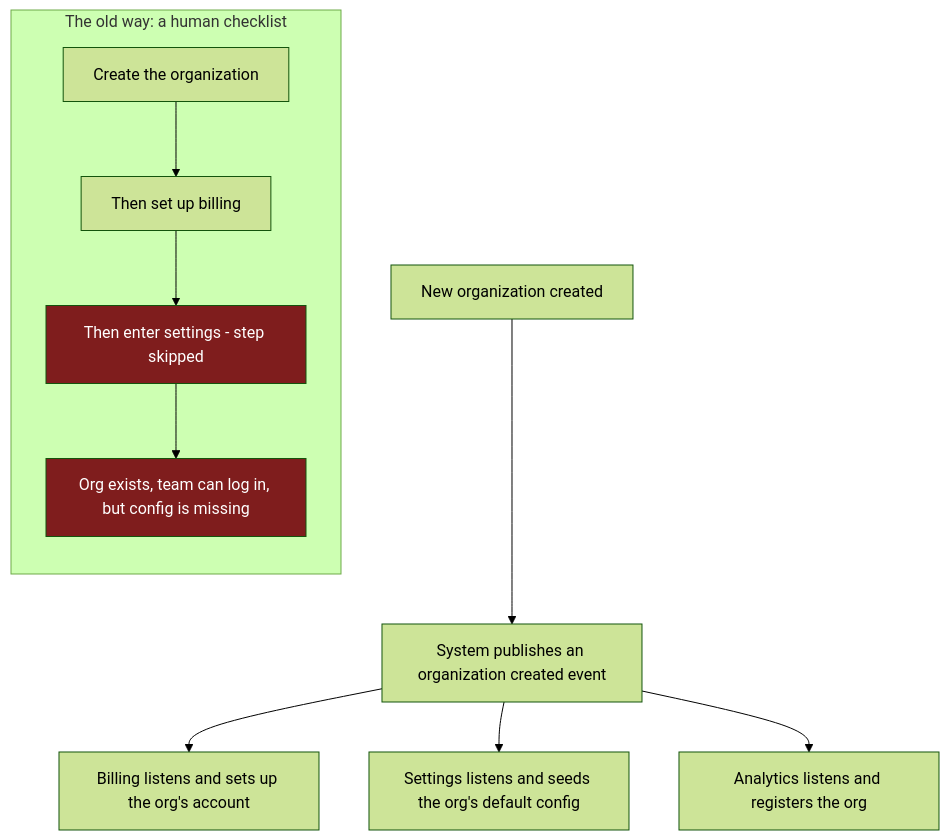
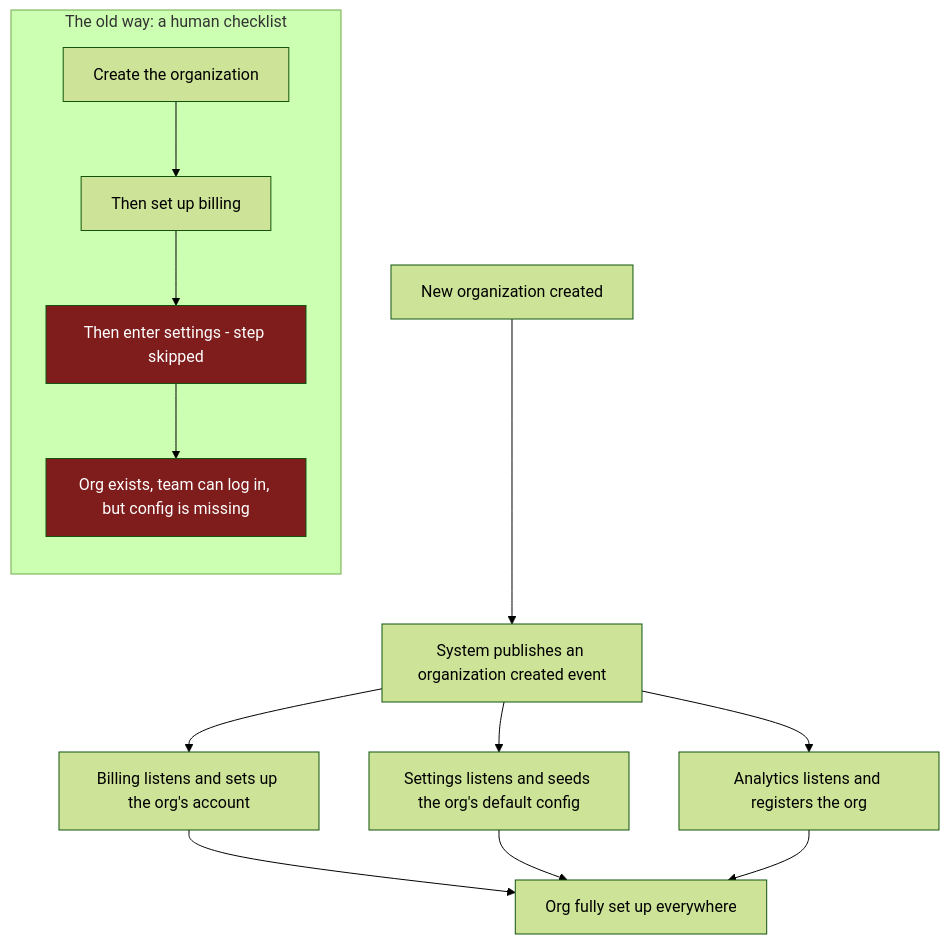
One commit to vtuanjs/vtuanjs.github.io changed the diagram in src/content/product/org-creation-events.md. Above: the diagram before and after it, drawn with Mermaid (forest theme). The commit also changed 13 other files, not shown here.

````diff
--- a/src/content/product/org-creation-events.md
+++ b/src/content/product/org-creation-events.md
@@ -48,14 +48,17 @@
 ```mermaid
 flowchart TB
   A[New organization created] --> R[System publishes an organization created event]
   R --> B[Billing listens and sets up the org's account]
   R --> S[Settings listens and seeds the org's default config]
   R --> AN[Analytics listens and registers the org]
+  B --> D[Org fully set up everywhere]
+  S --> D
+  AN --> D
   subgraph Old["The old way: a human checklist"]
     direction TB
     H[Create the organization] --> C1[Then set up billing]
     C1 --> C2[Then enter settings - step skipped]:::bad
     C2 --> X[Org exists, team can log in, but config is missing]:::bad
   end
   classDef bad fill:#7f1d1d,color:#fff
 ```
````
